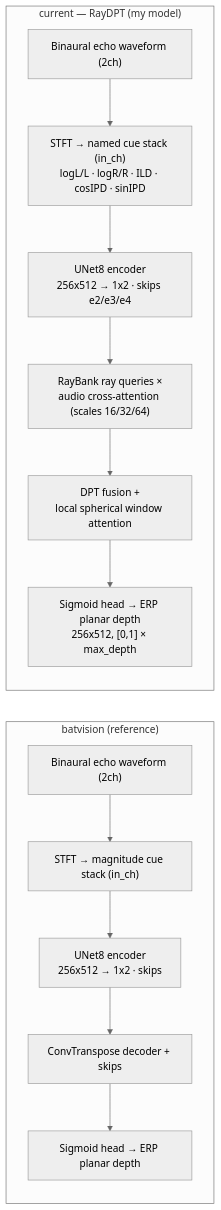
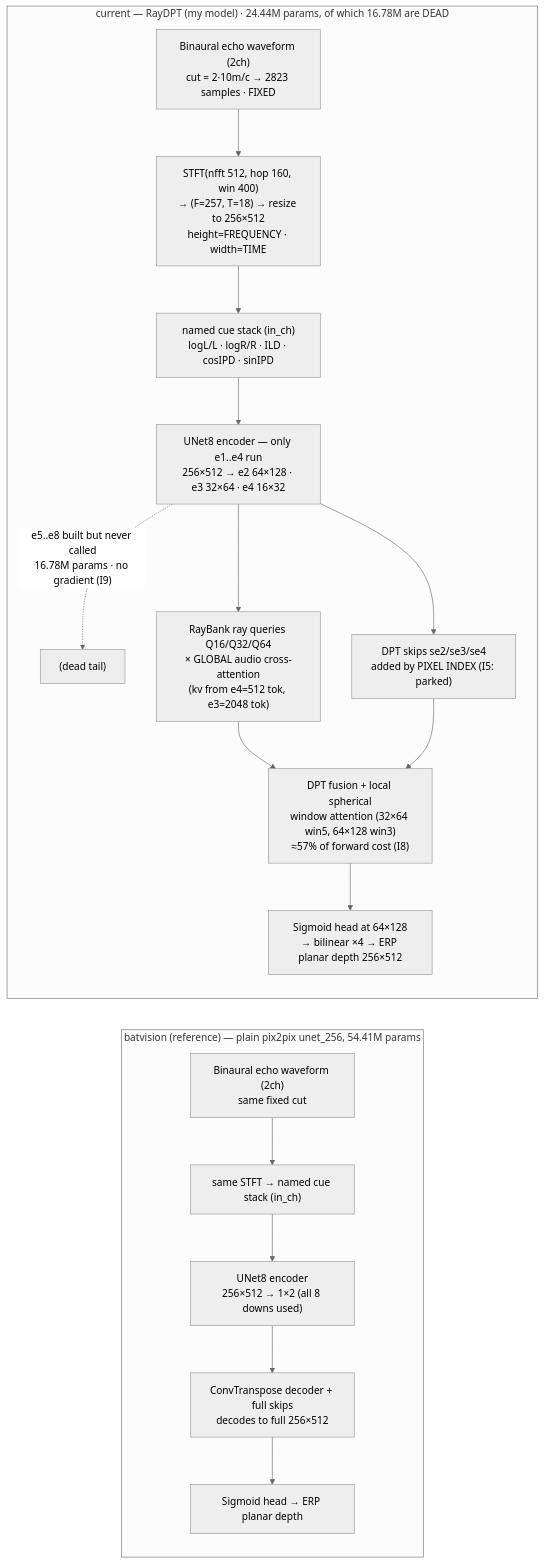
One commit to Kang-ChangWoo/auto_audio_depth_estimation changed the diagram in README.md. Above: the diagram before and after it, drawn with Mermaid (neutral theme). The commit also changed other lines of this file and 3 other files, not shown here.

````diff
--- a/README.md
+++ b/README.md
@@ -116,19 +116,23 @@
 ```mermaid
 flowchart TD
-    subgraph MY["current — RayDPT (my model)"]
+    subgraph MY["current — RayDPT (my model) · 24.44M params, of which 16.78M are DEAD"]
         direction TB
-        A1["Binaural echo waveform (2ch)"] --> A2["STFT → named cue stack (in_ch)<br/>logL/L · logR/R · ILD · cosIPD · sinIPD"]
-        A2 --> A3["UNet8 encoder<br/>256x512 → 1x2 · skips e2/e3/e4"]
-        A3 --> A4["RayBank ray queries ×<br/>audio cross-attention (scales 16/32/64)"]
-        A4 --> A5["DPT fusion +<br/>local spherical window attention"]
-        A5 --> A6["Sigmoid head → ERP planar depth<br/>256x512, [0,1] × max_depth"]
+        A1["Binaural echo waveform (2ch)<br/>cut = 2·10m/c → 2823 samples · FIXED"] --> A2["STFT(nfft 512, hop 160, win 400)<br/>→ (F=257, T=18) → resize to 256×512<br/>height=FREQUENCY · width=TIME"]
+        A2 --> A2b["named cue stack (in_ch)<br/>logL/L · logR/R · ILD · cosIPD · sinIPD"]
+        A2b --> A3["UNet8 encoder — only e1..e4 run<br/>256×512 → e2 64×128 · e3 32×64 · e4 16×32"]
+        A3 -.->|"e5..e8 built but never called<br/>16.78M params · no gradient (I9)"| A3d["(dead tail)"]
+        A3 --> A4["RayBank ray queries Q16/Q32/Q64<br/>× GLOBAL audio cross-attention<br/>(kv from e4=512 tok, e3=2048 tok)"]
+        A3 --> A4s["DPT skips se2/se3/se4<br/>added by PIXEL INDEX (I5: parked)"]
+        A4 --> A5["DPT fusion + local spherical<br/>window attention (32×64 win5, 64×128 win3)<br/>≈57% of forward cost (I8)"]
+        A4s --> A5
+        A5 --> A6["Sigmoid head at 64×128<br/>→ bilinear ×4 → ERP planar depth 256×512"]
     end
-    subgraph REF["batvision (reference)"]
+    subgraph REF["batvision (reference) — plain pix2pix unet_256, 54.41M params"]
         direction TB
-        B1["Binaural echo waveform (2ch)"] --> B2["STFT → magnitude cue stack (in_ch)"]
-        B2 --> B3["UNet8 encoder<br/>256x512 → 1x2 · skips"]
-        B3 --> B4["ConvTranspose decoder + skips"]
+        B1["Binaural echo waveform (2ch)<br/>same fixed cut"] --> B2["same STFT → named cue stack (in_ch)"]
+        B2 --> B3["UNet8 encoder<br/>256×512 → 1×2 (all 8 downs used)"]
+        B3 --> B4["ConvTranspose decoder + full skips<br/>decodes to full 256×512"]
         B4 --> B5["Sigmoid head → ERP planar depth"]
     end
     MY ~~~ REF
 ```
````
